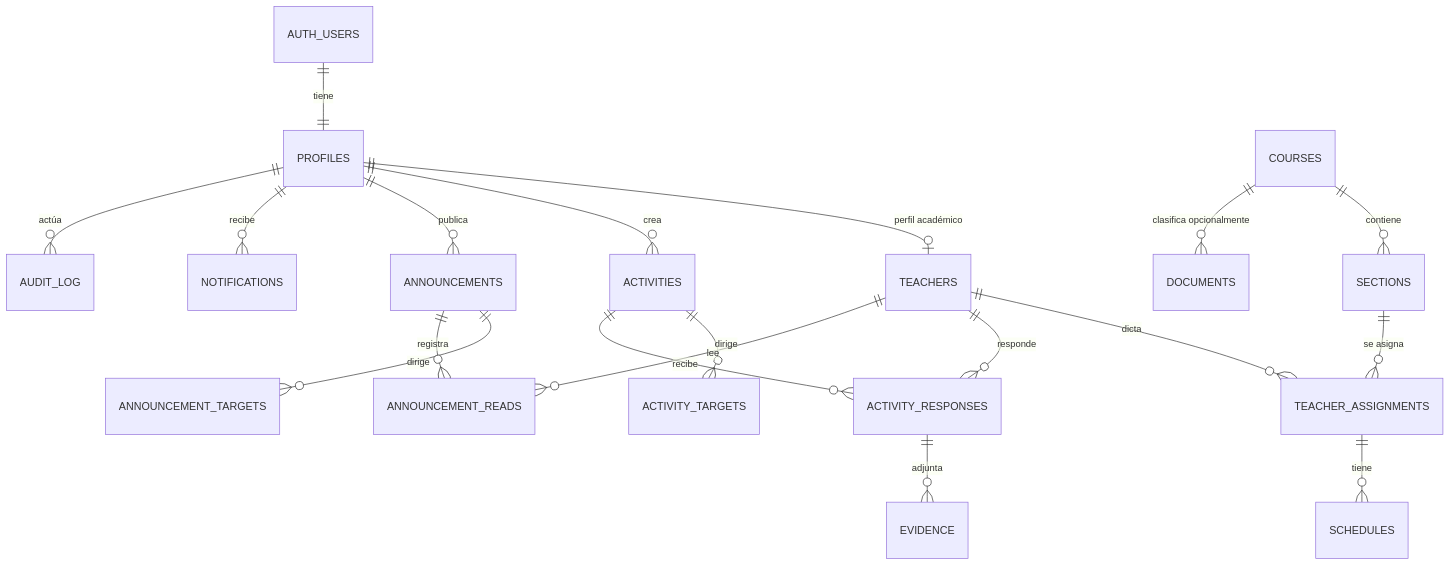
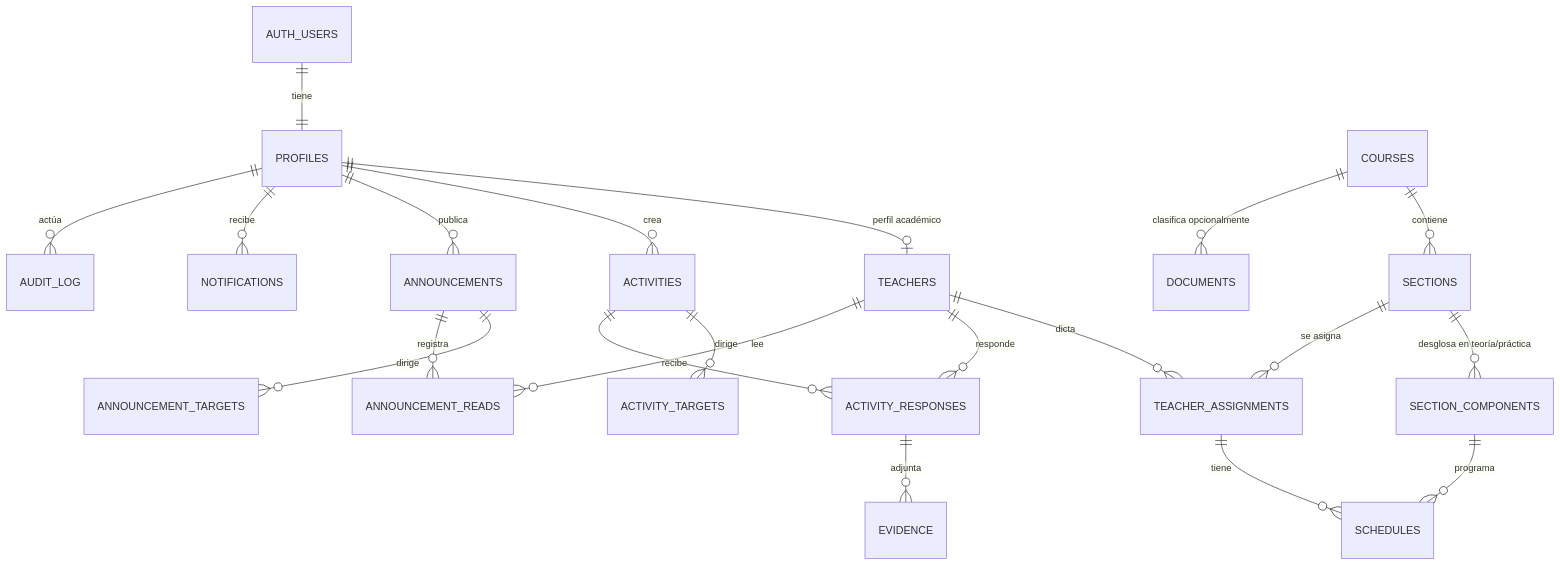
The diagram in docs/database-schema.md (Juanmqc/seguimiento-eegg-2026-2), drawn with Mermaid before and after one commit. The commit also changed other lines of this file and 17 other files, not shown here.

````diff
--- a/docs/database-schema.md
+++ b/docs/database-schema.md
@@ -13,21 +15,23 @@
 ```mermaid
 erDiagram
   AUTH_USERS ||--|| PROFILES : "tiene"
   PROFILES ||--o| TEACHERS : "perfil académico"
   TEACHERS ||--o{ TEACHER_ASSIGNMENTS : "dicta"
   COURSES ||--o{ SECTIONS : "contiene"
+  SECTIONS ||--o{ SECTION_COMPONENTS : "desglosa en teoría/práctica"
   SECTIONS ||--o{ TEACHER_ASSIGNMENTS : "se asigna"
   TEACHER_ASSIGNMENTS ||--o{ SCHEDULES : "tiene"
+  SECTION_COMPONENTS ||--o{ SCHEDULES : "programa"
   PROFILES ||--o{ ACTIVITIES : "crea"
   ACTIVITIES ||--o{ ACTIVITY_TARGETS : "dirige"
   ACTIVITIES ||--o{ ACTIVITY_RESPONSES : "recibe"
   TEACHERS ||--o{ ACTIVITY_RESPONSES : "responde"
   ACTIVITY_RESPONSES ||--o{ EVIDENCE : "adjunta"
   PROFILES ||--o{ ANNOUNCEMENTS : "publica"
   ANNOUNCEMENTS ||--o{ ANNOUNCEMENT_TARGETS : "dirige"
   ANNOUNCEMENTS ||--o{ ANNOUNCEMENT_READS : "registra"
   TEACHERS ||--o{ ANNOUNCEMENT_READS : "lee"
   COURSES ||--o{ DOCUMENTS : "clasifica opcionalmente"
   PROFILES ||--o{ NOTIFICATIONS : "recibe"
   PROFILES ||--o{ AUDIT_LOG : "actúa"
 ```
````
